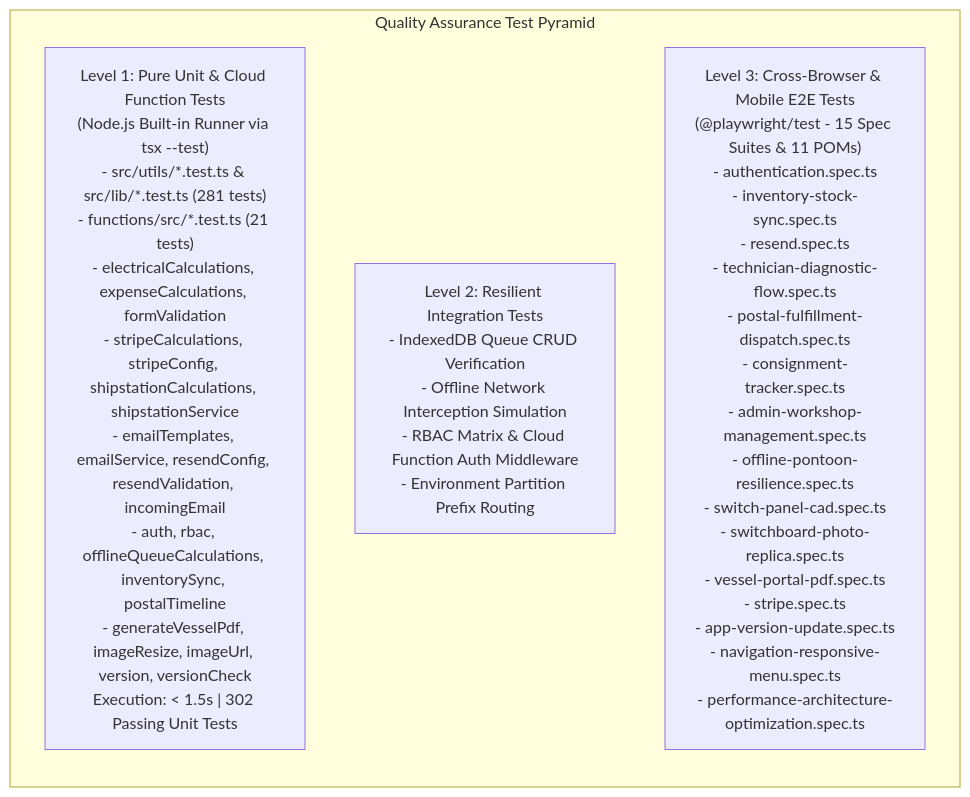
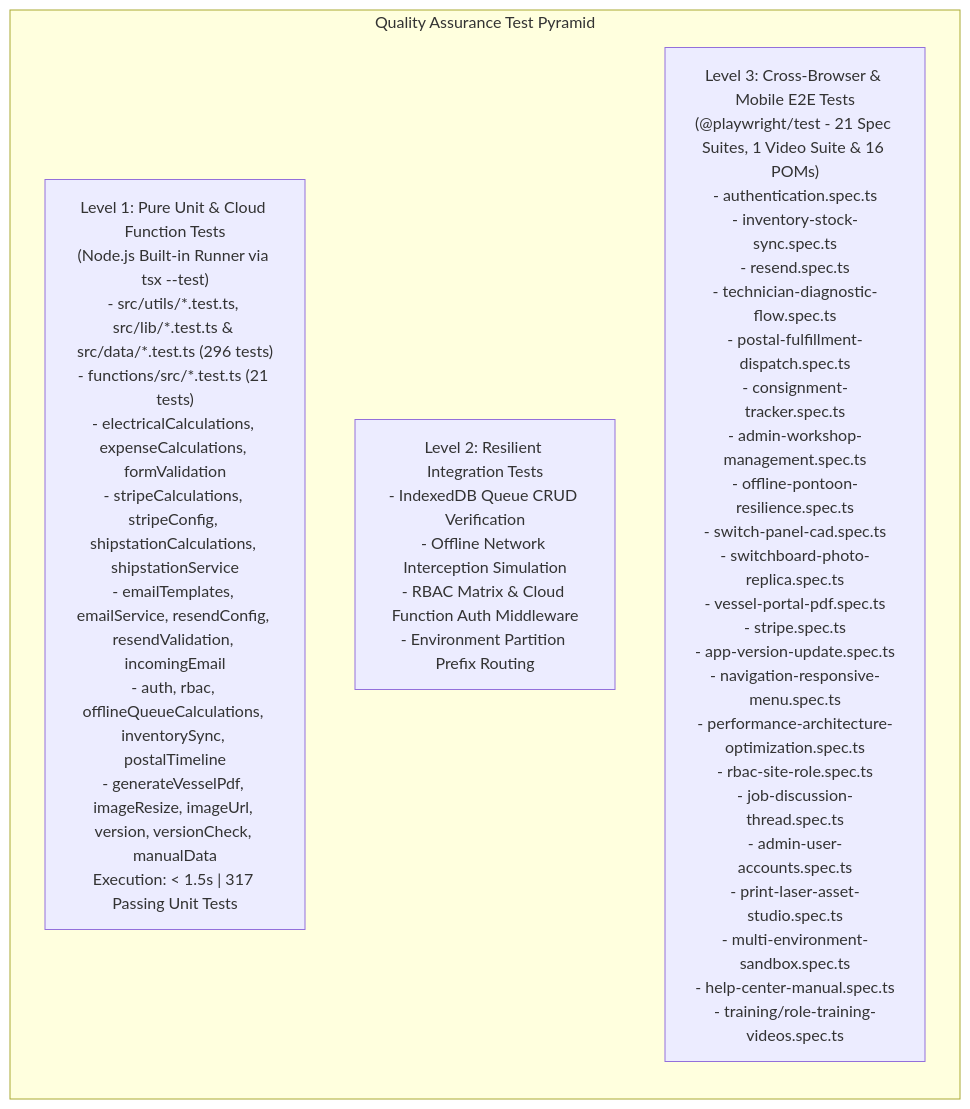
Before and after one commit to AnthonyWrather/ajwmes: the sixth of 7 diagrams in DESIGN.md, drawn with Mermaid. The commit also changed other lines of this file and 9 other files, not shown here.

First line of the commit message:
docs: sync AI instructions, documentation metrics, and user journey roadmap (#63)

````diff
--- a/DESIGN.md
+++ b/DESIGN.md
@@ -550,11 +550,11 @@
 ```mermaid
 graph BT
     subgraph TestPyramid["Quality Assurance Test Pyramid"]
         direction BT
-        Unit["Level 1: Pure Unit & Cloud Function Tests\n(Node.js Built-in Runner via tsx --test)\n- src/utils/*.test.ts & src/lib/*.test.ts (281 tests)\n- functions/src/*.test.ts (21 tests)\n- electricalCalculations, expenseCalculations, formValidation\n- stripeCalculations, stripeConfig, shipstationCalculations, shipstationService\n- emailTemplates, emailService, resendConfig, resendValidation, incomingEmail\n- auth, rbac, offlineQueueCalculations, inventorySync, postalTimeline\n- generateVesselPdf, imageResize, imageUrl, version, versionCheck\nExecution: < 1.5s | 302 Passing Unit Tests"]
+        Unit["Level 1: Pure Unit & Cloud Function Tests\n(Node.js Built-in Runner via tsx --test)\n- src/utils/*.test.ts, src/lib/*.test.ts & src/data/*.test.ts (296 tests)\n- functions/src/*.test.ts (21 tests)\n- electricalCalculations, expenseCalculations, formValidation\n- stripeCalculations, stripeConfig, shipstationCalculations, shipstationService\n- emailTemplates, emailService, resendConfig, resendValidation, incomingEmail\n- auth, rbac, offlineQueueCalculations, inventorySync, postalTimeline\n- generateVesselPdf, imageResize, imageUrl, version, versionCheck, manualData\nExecution: < 1.5s | 317 Passing Unit Tests"]
         
         Integration["Level 2: Resilient Integration Tests\n- IndexedDB Queue CRUD Verification\n- Offline Network Interception Simulation\n- RBAC Matrix & Cloud Function Auth Middleware\n- Environment Partition Prefix Routing"]
         
-        E2E["Level 3: Cross-Browser & Mobile E2E Tests\n(@playwright/test - 15 Spec Suites & 11 POMs)\n- authentication.spec.ts\n- inventory-stock-sync.spec.ts\n- resend.spec.ts\n- technician-diagnostic-flow.spec.ts\n- postal-fulfillment-dispatch.spec.ts\n- consignment-tracker.spec.ts\n- admin-workshop-management.spec.ts\n- offline-pontoon-resilience.spec.ts\n- switch-panel-cad.spec.ts\n- switchboard-photo-replica.spec.ts\n- vessel-portal-pdf.spec.ts\n- stripe.spec.ts\n- app-version-update.spec.ts\n- navigation-responsive-menu.spec.ts\n- performance-architecture-optimization.spec.ts"]
+        E2E["Level 3: Cross-Browser & Mobile E2E Tests\n(@playwright/test - 21 Spec Suites, 1 Video Suite & 16 POMs)\n- authentication.spec.ts\n- inventory-stock-sync.spec.ts\n- resend.spec.ts\n- technician-diagnostic-flow.spec.ts\n- postal-fulfillment-dispatch.spec.ts\n- consignment-tracker.spec.ts\n- admin-workshop-management.spec.ts\n- offline-pontoon-resilience.spec.ts\n- switch-panel-cad.spec.ts\n- switchboard-photo-replica.spec.ts\n- vessel-portal-pdf.spec.ts\n- stripe.spec.ts\n- app-version-update.spec.ts\n- navigation-responsive-menu.spec.ts\n- performance-architecture-optimization.spec.ts\n- rbac-site-role.spec.ts\n- job-discussion-thread.spec.ts\n- admin-user-accounts.spec.ts\n- print-laser-asset-studio.spec.ts\n- multi-environment-sandbox.spec.ts\n- help-center-manual.spec.ts\n- training/role-training-videos.spec.ts"]
     end
 ```
````
